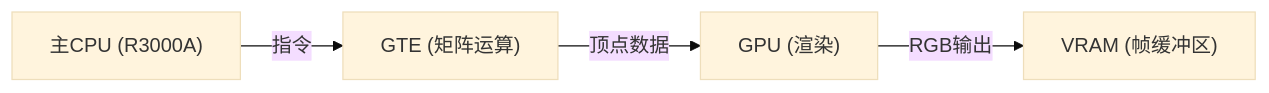
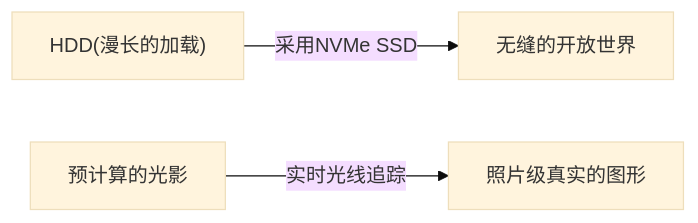
The second of 2 diagrams in content/post/history-of-video-game-consoles/index.zh-cn.md (kenjinote/blog), drawn with Mermaid (base theme) before and after one commit. The commit also changed other lines of this file and 129 other files, not shown here.

````diff
--- a/content/post/history-of-video-game-consoles/index.zh-cn.md
+++ b/content/post/history-of-video-game-consoles/index.zh-cn.md
@@ -79,6 +61,5 @@
 ```mermaid
 graph LR
-    CPU["主CPU (R3000A)"] -- "指令" --> GTE["GTE (矩阵运算)"]
-    GTE -- "顶点数据" --> GPU["GPU (渲染)"]
-    GPU -- "RGB输出" --> VRAM["VRAM (帧缓冲区)"]
+  A["HDD(漫长的加载)"] -- "采用NVMe SSD" --> B["无缝的开放世界"]
+  C["预计算的光影"] -- "实时光线追踪" --> D["照片级真实的图形"]
 ```
````
